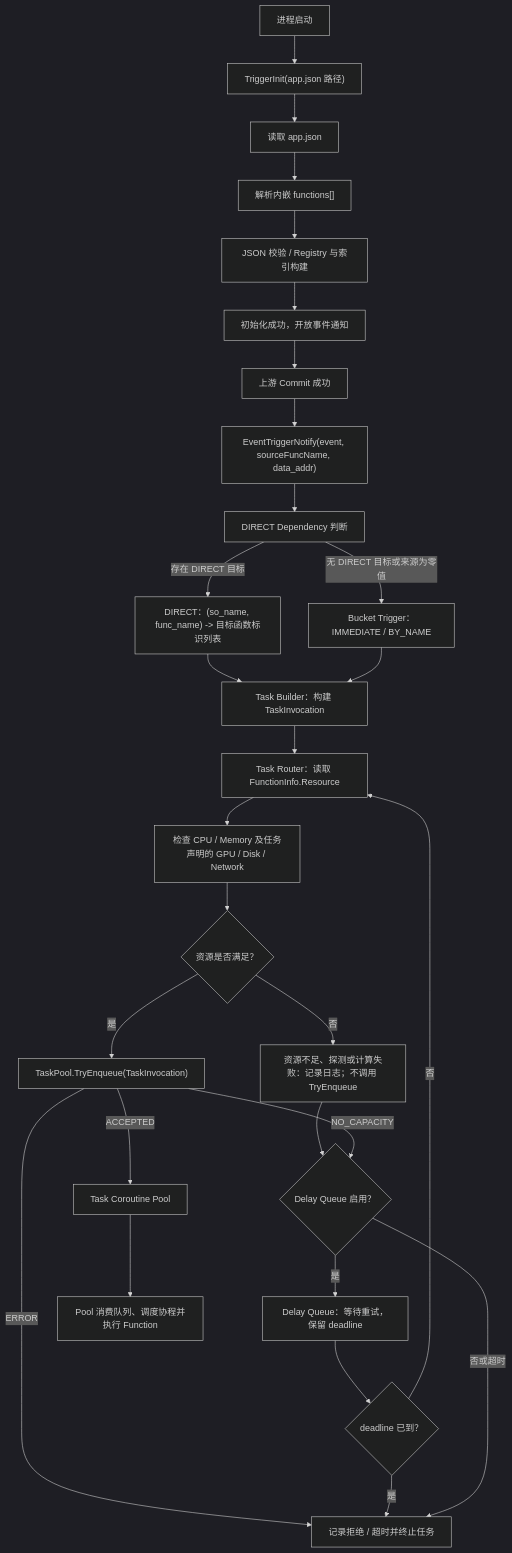
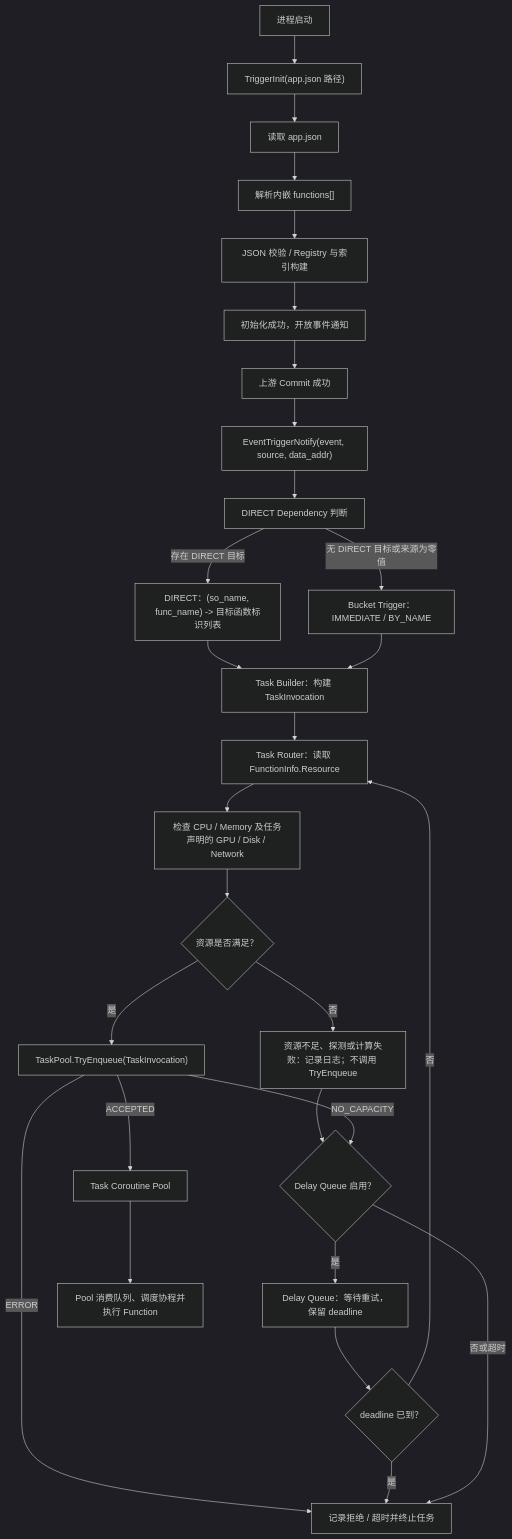
One commit to 10wvw01/Pheromone-mini changed the first of 7 diagrams in docs/DESIGN.md. Above: the diagram before and after it, drawn with Mermaid (dark theme). The commit also changed other lines of this file and 18 other files, not shown here.

```diff
--- a/docs/DESIGN.md
+++ b/docs/DESIGN.md
@@ -84,30 +83,30 @@
 ~~~mermaid
 flowchart TD
     A["进程启动"] --> B["TriggerInit(app.json 路径)"]
     B --> C["读取 app.json"]
     C --> D["解析内嵌 functions[]"]
     D --> E["JSON 校验 / Registry 与索引构建"]
     E --> F["初始化成功，开放事件通知"]
     F --> G["上游 Commit 成功"]
-    G --> H["EventTriggerNotify(event, sourceFuncName, data_addr)"]
+    G --> H["EventTriggerNotify(event, source, data_addr)"]
     H --> I["DIRECT Dependency 判断"]
     I -->|存在 DIRECT 目标| J["DIRECT：(so_name, func_name) -> 目标函数标识列表"]
     I -->|无 DIRECT 目标或来源为零值| K["Bucket Trigger：IMMEDIATE / BY_NAME"]
     J --> L["Task Builder：构建 TaskInvocation"]
     K --> L
     L --> M["Task Router：读取 FunctionInfo.Resource"]
     M --> N["检查 CPU / Memory 及任务声明的 GPU / Disk / Network"]
     N --> O{"资源是否满足？"}
     O -->|否| P["资源不足、探测或计算失败：记录日志；不调用 TryEnqueue"]
     O -->|是| Q["TaskPool.TryEnqueue(TaskInvocation)"]
     Q -->|ERROR| U
     Q -->|ACCEPTED| R["Task Coroutine Pool"]
     P --> S
     Q -->|NO_CAPACITY| S{"Delay Queue 启用？"}
     S -->|是| T["Delay Queue：等待重试，保留 deadline"]
     T --> W{"deadline 已到？"}
     W -->|否| M
     W -->|是| U
     S -->|否或超时| U["记录拒绝 / 超时并终止任务"]
     R --> V["Pool 消费队列、调度协程并执行 Function"]
 ~~~
```
